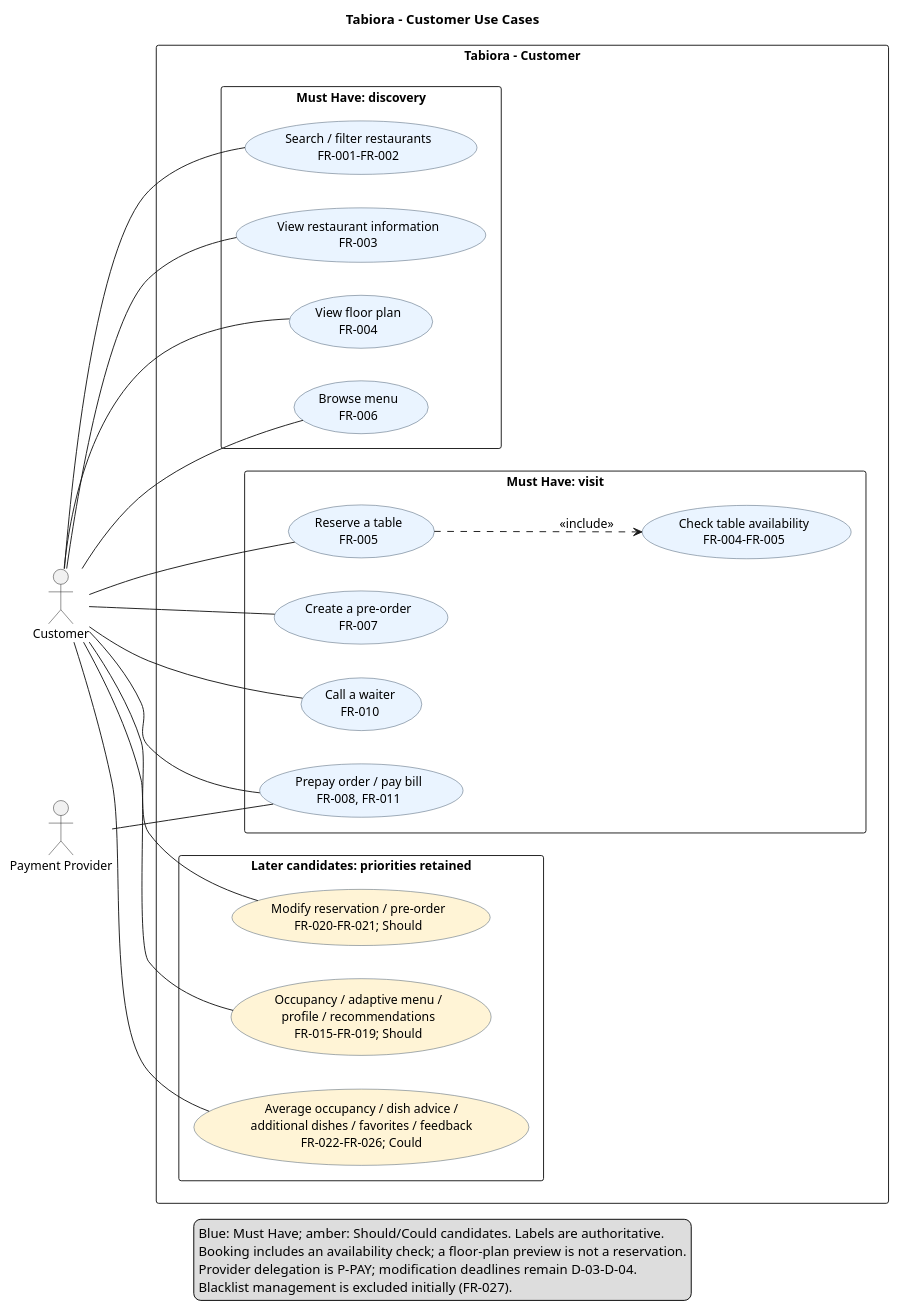
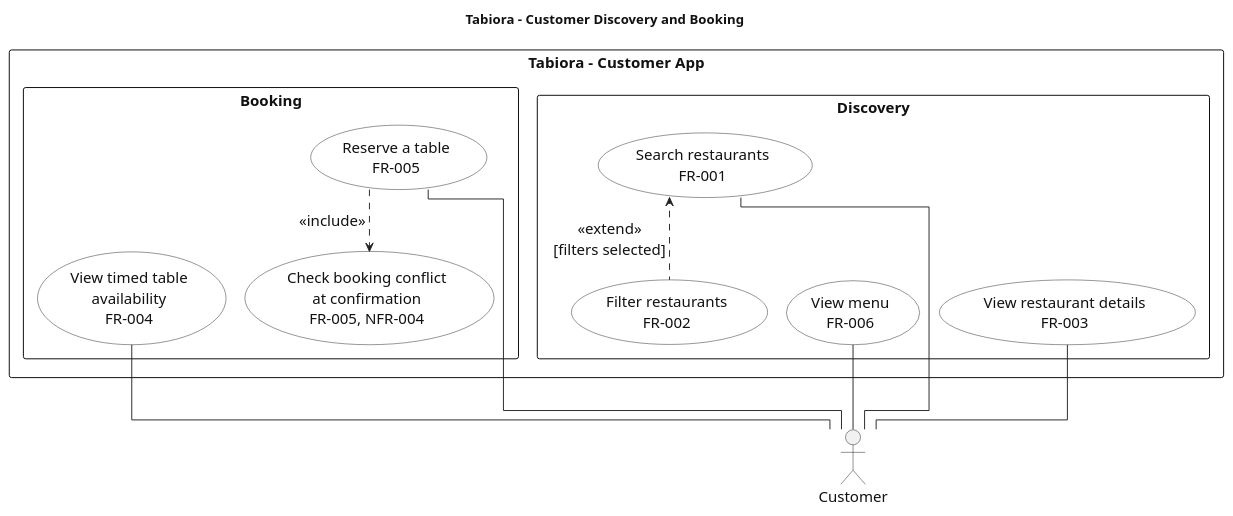
One commit to AlexToday111/Tabiora changed the diagram in assets/diagrams/use-case-customer/use-case-customer.puml. Above: the diagram before and after it, drawn with PlantUML. The commit also changed 27 other files, not shown here.

Commit message:
Update UML diagrams for Labs 4, 6, 7 and 8

```diff
--- a/assets/diagrams/use-case-customer/use-case-customer.puml
+++ b/assets/diagrams/use-case-customer/use-case-customer.puml
@@ -1,54 +1,37 @@
 @startuml
-title Tabiora - Customer Use Cases
+!pragma layout elk
+title Tabiora - Customer Discovery and Booking
 skinparam shadowing false
 skinparam defaultFontName SansSerif
-skinparam defaultFontSize 13
-skinparam classAttributeIconSize 0
+skinparam defaultFontSize 16
+skinparam defaultFontColor #111111
 skinparam packageStyle rectangle
-hide empty members
-skinparam usecaseBackgroundColor #EAF4FF
-skinparam usecaseBorderColor #3D5368
+skinparam usecaseBackgroundColor #FFFFFF
+skinparam usecaseBorderColor #222222
+skinparam ArrowColor #222222
+left to right direction
 
-left to right direction
 actor Customer
-actor "Payment Provider" as Provider
-rectangle "Tabiora - Customer" {
- package "Must Have: discovery" {
-  usecase "Search / filter restaurants\nFR-001-FR-002" as Search
-  usecase "View restaurant information\nFR-003" as Info
-  usecase "View floor plan\nFR-004" as Floor
-  usecase "Browse menu\nFR-006" as Menu
+rectangle "Tabiora - Customer App" {
+ package "Discovery" {
+  usecase "Search restaurants\nFR-001" as Search
+  usecase "Filter restaurants\nFR-002" as Filter
+  usecase "View restaurant details\nFR-003" as Details
+  usecase "View menu\nFR-006" as Menu
  }
- package "Must Have: visit" {
-  usecase "Check table availability\nFR-004-FR-005" as Availability
+ package "Booking" {
+  usecase "View timed table\navailability\nFR-004" as Availability
   usecase "Reserve a table\nFR-005" as Book
-  usecase "Create a pre-order\nFR-007" as Order
-  usecase "Prepay order / pay bill\nFR-008, FR-011" as Pay
-  usecase "Call a waiter\nFR-010" as Call
- }
- package "Later candidates: priorities retained" {
-  usecase "Modify reservation / pre-order\nFR-020-FR-021; Should" as Change #FFF4D6
-  usecase "Occupancy / adaptive menu /\nprofile / recommendations\nFR-015-FR-019; Should" as Personal #FFF4D6
-  usecase "Average occupancy / dish advice /\nadditional dishes / favorites / feedback\nFR-022-FR-026; Could" as Optional #FFF4D6
+  usecase "Check booking conflict\nat confirmation\nFR-005, NFR-004" as Conflict
  }
 }
-Customer -- Search
-Customer -- Info
-Customer -- Floor
-Customer -- Menu
-Customer -- Book
-Customer -- Order
-Customer -- Pay
-Customer -- Call
-Customer -- Change
-Customer -- Personal
-Customer -- Optional
-Book ..> Availability : <<include>>
-Provider -- Pay
-legend bottom
-Blue: Must Have; amber: Should/Could candidates. Labels are authoritative.
-Booking includes an availability check; a floor-plan preview is not a reservation.
-Provider delegation is P-PAY; modification deadlines remain D-03-D-04.
-Blacklist management is excluded initially (FR-027).
-endlegend
+
+Search -- Customer
+Details -- Customer
+Menu -- Customer
+Availability -- Customer
+Book -- Customer
+Search <.. Filter : <<extend>>\n[filters selected]
+Book ..> Conflict : <<include>>
+
 @enduml
```
